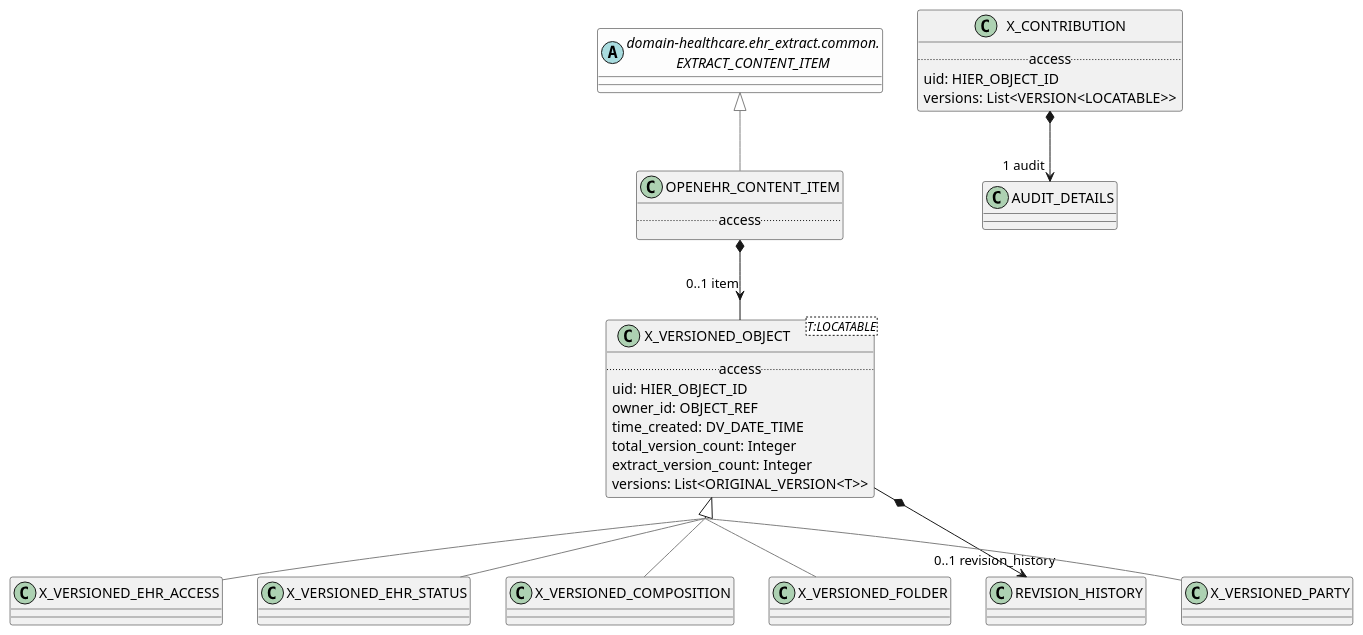
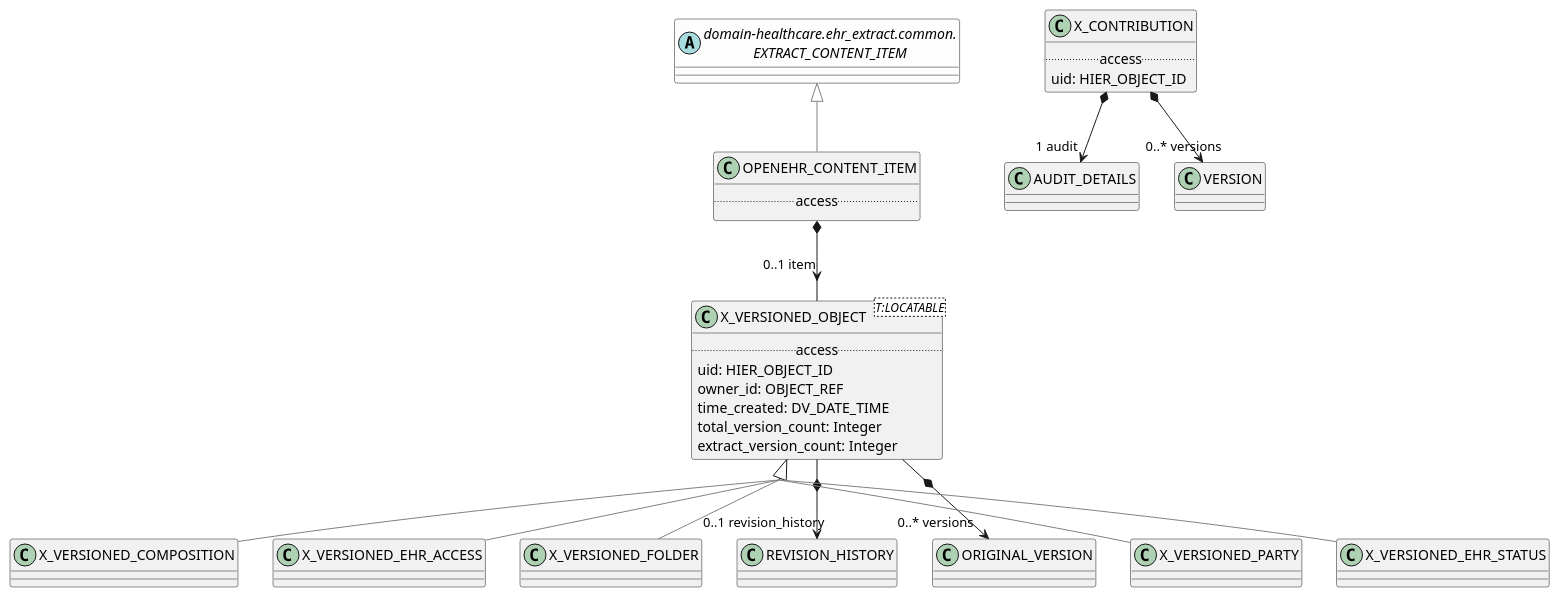
Before and after one commit to wolandscat/openehr-doc: the diagram in modules/ROOT/examples/bmm/domain-healthcare/ehr_extract/openehr_extract/openehr_extract-package-uml.adoc, drawn with PlantUML. The commit also changed 293 other files, not shown here.

Commit message:
Regen with tweaks to UML output and correct metatypes for nested generics.

```diff
--- a/modules/ROOT/examples/bmm/domain-healthcare/ehr_extract/openehr_extract/openehr_extract-package-uml.adoc
+++ b/modules/ROOT/examples/bmm/domain-healthcare/ehr_extract/openehr_extract/openehr_extract-package-uml.adoc
@@ -3,70 +3,72 @@
 [plantuml,opts=interactive,link=self]
 ....
 skinparam groupInheritance 2
 skinparam citedClassColor #FDFDFD
 
 
-class X_VERSIONED_EHR_ACCESS [[/openehr-doc/latest/domain-healthcare/ehr_extract-gen.html#_class_x_versioned_ehr_access]] {
+class OPENEHR_CONTENT_ITEM [[/openehr-doc/latest/domain-healthcare/ehr_extract-gen.html#_class_openehr_content_item]] {
+        .. access ..
 }
 
-X_VERSIONED_EHR_ACCESS -[#gray]up-|> X_VERSIONED_OBJECT  
+OPENEHR_CONTENT_ITEM -[#gray]up-|> EXTRACT_CONTENT_ITEM  
 
 
-class X_VERSIONED_EHR_STATUS [[/openehr-doc/latest/domain-healthcare/ehr_extract-gen.html#_class_x_versioned_ehr_status]] {
-}
-
-X_VERSIONED_EHR_STATUS -[#gray]up-|> X_VERSIONED_OBJECT  
-
+OPENEHR_CONTENT_ITEM *--> "0..1 item" X_VERSIONED_OBJECT
 
 class X_VERSIONED_COMPOSITION [[/openehr-doc/latest/domain-healthcare/ehr_extract-gen.html#_class_x_versioned_composition]] {
 }
 
 X_VERSIONED_COMPOSITION -[#gray]up-|> X_VERSIONED_OBJECT  
+
+
+class X_VERSIONED_EHR_ACCESS [[/openehr-doc/latest/domain-healthcare/ehr_extract-gen.html#_class_x_versioned_ehr_access]] {
+}
+
+X_VERSIONED_EHR_ACCESS -[#gray]up-|> X_VERSIONED_OBJECT  
 
 
 class X_VERSIONED_FOLDER [[/openehr-doc/latest/domain-healthcare/ehr_extract-gen.html#_class_x_versioned_folder]] {
 }
 
 X_VERSIONED_FOLDER -[#gray]up-|> X_VERSIONED_OBJECT  
 
 
 class X_VERSIONED_OBJECT<T:LOCATABLE> [[/openehr-doc/latest/domain-healthcare/ehr_extract-gen.html#_class_x_versioned_object]] {
         .. access ..
         uid: HIER_OBJECT_ID
         owner_id: OBJECT_REF
         time_created: DV_DATE_TIME
         total_version_count: Integer
         extract_version_count: Integer
-        versions: List<ORIGINAL_VERSION<T>>
 }
 
 
 X_VERSIONED_OBJECT *--> "0..1 revision_history" REVISION_HISTORY
 
-class OPENEHR_CONTENT_ITEM [[/openehr-doc/latest/domain-healthcare/ehr_extract-gen.html#_class_openehr_content_item]] {
-        .. access ..
-}
-
-OPENEHR_CONTENT_ITEM -[#gray]up-|> EXTRACT_CONTENT_ITEM  
-
-
-OPENEHR_CONTENT_ITEM *--> "0..1 item" X_VERSIONED_OBJECT
+X_VERSIONED_OBJECT *--> "0..* versions" ORIGINAL_VERSION
 
 class X_VERSIONED_PARTY [[/openehr-doc/latest/domain-healthcare/ehr_extract-gen.html#_class_x_versioned_party]] {
 }
 
 X_VERSIONED_PARTY -[#gray]up-|> X_VERSIONED_OBJECT  
 
 
 class X_CONTRIBUTION [[/openehr-doc/latest/domain-healthcare/ehr_extract-gen.html#_class_x_contribution]] {
         .. access ..
         uid: HIER_OBJECT_ID
-        versions: List<VERSION<LOCATABLE>>
 }
 
 
 X_CONTRIBUTION *--> "1 audit" AUDIT_DETAILS
+
+X_CONTRIBUTION *--> "0..* versions" VERSION
+
+class X_VERSIONED_EHR_STATUS [[/openehr-doc/latest/domain-healthcare/ehr_extract-gen.html#_class_x_versioned_ehr_status]] {
+}
+
+X_VERSIONED_EHR_STATUS -[#gray]up-|> X_VERSIONED_OBJECT  
+
 abstract class "domain-healthcare.ehr_extract.common.\nEXTRACT_CONTENT_ITEM" as EXTRACT_CONTENT_ITEM  [[/openehr-doc/latest/domain-healthcare/ehr_extract-gen.html#_class_extract_content_item]] #FDFDFD {
 }
 
 ....
```
